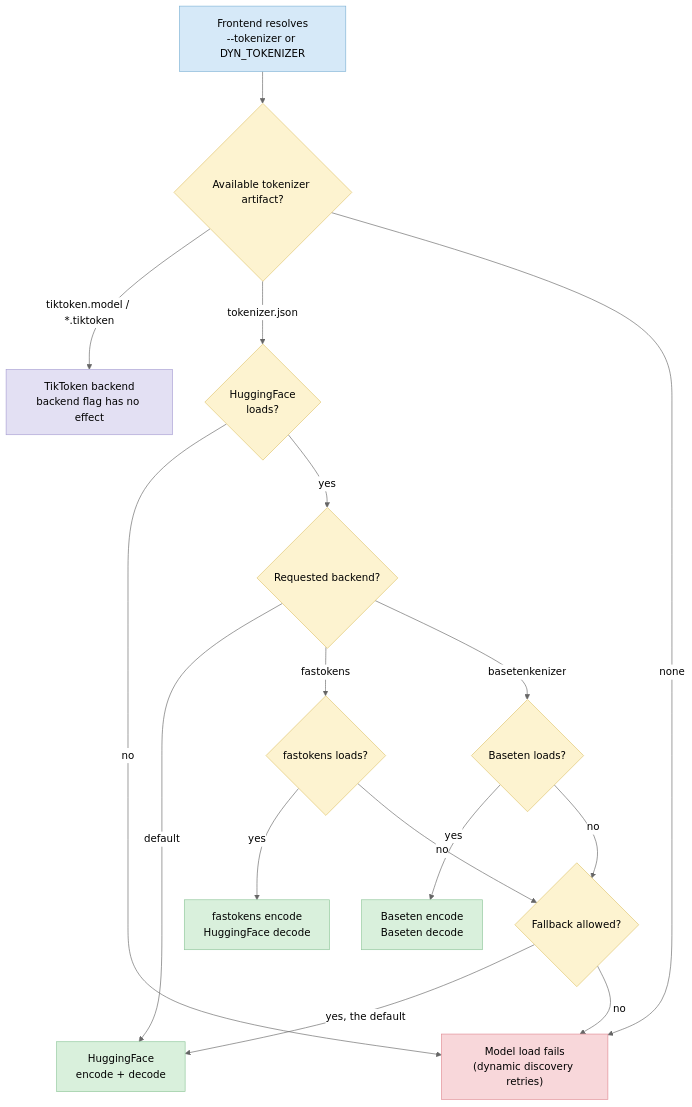
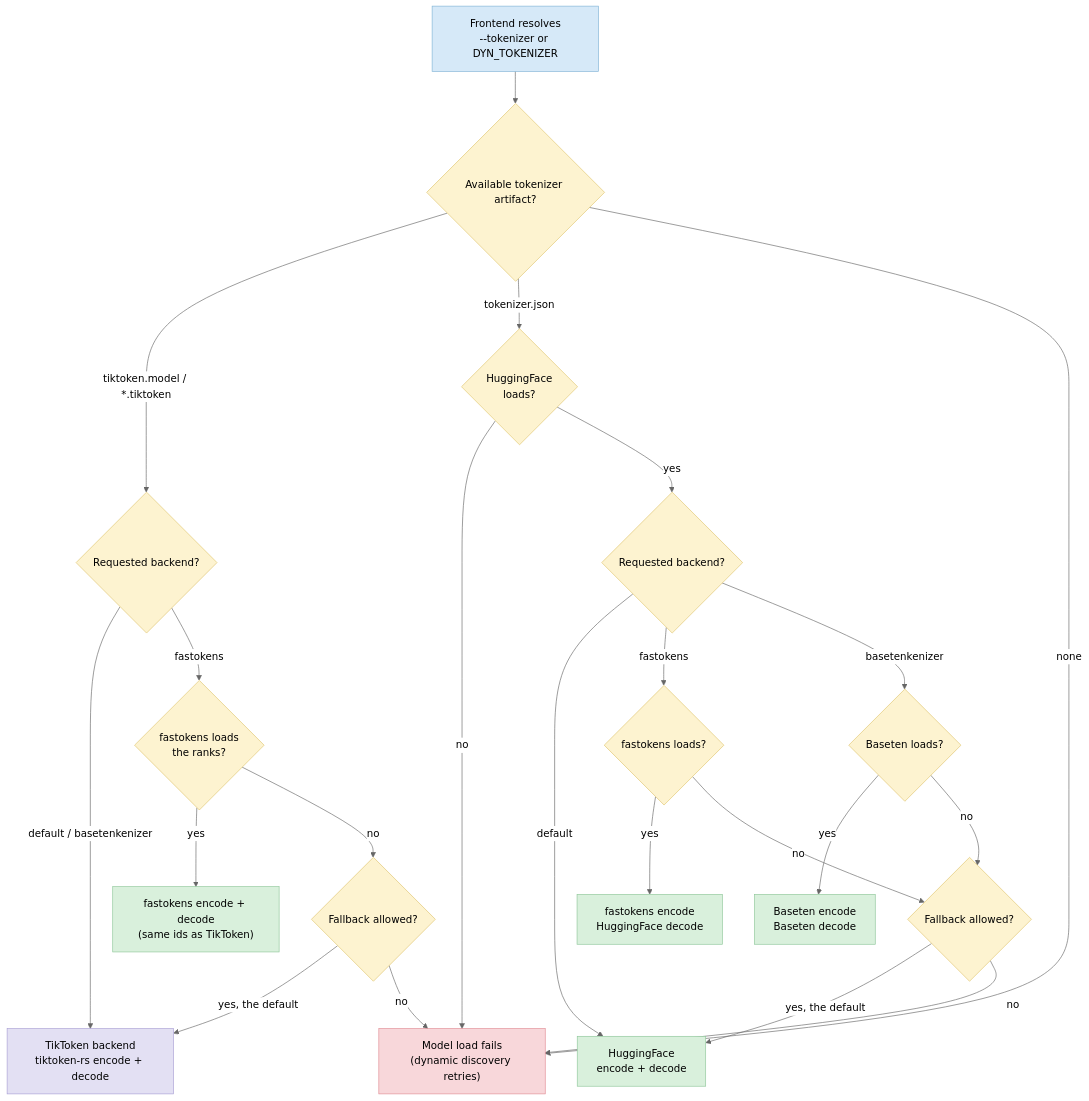
Before and after one commit to ai-dynamo/dynamo: the diagram in docs/fern/pages/developer-guide/knowledge-base/modular-components/frontend/tokenizer.md, drawn with Mermaid (neutral theme). The commit also changed other lines of this file and 9 other files, not shown here.

````diff
--- a/docs/fern/pages/developer-guide/knowledge-base/modular-components/frontend/tokenizer.md
+++ b/docs/fern/pages/developer-guide/knowledge-base/modular-components/frontend/tokenizer.md
@@ -33,31 +34,41 @@
 ```mermaid
 flowchart TD
     A["Frontend resolves<br/>--tokenizer or DYN_TOKENIZER"] --> B{"Available tokenizer artifact?"}
-    B -->|"tiktoken.model / *.tiktoken"| C["TikToken backend<br/>backend flag has no effect"]
+    B -->|"tiktoken.model / *.tiktoken"| M{"Requested backend?"}
+    M -->|"default / basetenkenizer"| C["TikToken backend<br/>tiktoken-rs encode + decode"]
+    M -->|"fastokens"| N{"fastokens loads<br/>the ranks?"}
+    N -->|"yes"| O["fastokens encode + decode<br/>(same ids as TikToken)"]
+    N -->|"no"| P{"Fallback allowed?"}
+    P -->|"yes, the default"| C
+    P -->|"no"| K
     B -->|"tokenizer.json"| L{"HuggingFace<br/>loads?"}
     B -->|"none"| K["Model load fails<br/>(dynamic discovery retries)"]
     L -->|"no"| K
     L -->|"yes"| D{"Requested backend?"}
     D -->|"default"| E["HuggingFace<br/>encode + decode"]
     D -->|"fastokens"| F{"fastokens loads?"}
     D -->|"basetenkenizer"| G{"Baseten loads?"}
     F -->|"yes"| H["fastokens encode<br/>HuggingFace decode"]
     G -->|"yes"| I["Baseten encode<br/>Baseten decode"]
     F -->|"no"| J{"Fallback allowed?"}
     G -->|"no"| J
     J -->|"yes, the default"| E
     J -->|"no"| K
 
     style A fill:#d6e9f8,stroke:#7fb3d5
     style B fill:#fdf3d0,stroke:#e0c56e
     style C fill:#e3e0f3,stroke:#a99fd4
     style D fill:#fdf3d0,stroke:#e0c56e
     style E fill:#d9f0dc,stroke:#8fc79a
     style F fill:#fdf3d0,stroke:#e0c56e
     style G fill:#fdf3d0,stroke:#e0c56e
     style H fill:#d9f0dc,stroke:#8fc79a
     style I fill:#d9f0dc,stroke:#8fc79a
     style J fill:#fdf3d0,stroke:#e0c56e
     style K fill:#f8d7da,stroke:#e08b93
     style L fill:#fdf3d0,stroke:#e0c56e
+    style M fill:#fdf3d0,stroke:#e0c56e
+    style N fill:#fdf3d0,stroke:#e0c56e
+    style O fill:#d9f0dc,stroke:#8fc79a
+    style P fill:#fdf3d0,stroke:#e0c56e
 ```
````
